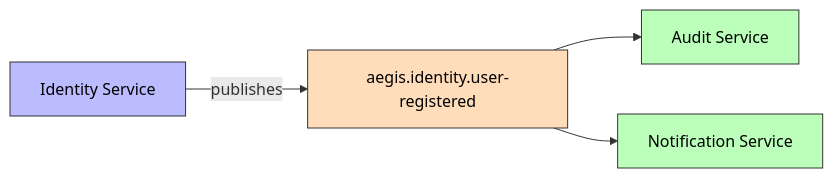
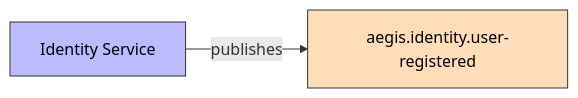
Before and after one commit to AlexAlvarezGallardo-GitHub/Aegis: the first of 2 diagrams in docs/obsidian/03 - Domain Events/UserRegistered.md, drawn with Mermaid. The commit also changed other lines of this file and 87 other files, not shown here.

````diff
--- a/docs/obsidian/03 - Domain Events/UserRegistered.md
+++ b/docs/obsidian/03 - Domain Events/UserRegistered.md
@@ -14,10 +14,6 @@
 ```mermaid
 graph LR
     Identity[Identity Service] -->|publishes| Topic[aegis.identity.user-registered]
-    Topic --> Audit[Audit Service]
-    Topic --> Notification[Notification Service]
     style Identity fill:#bbf,stroke:#333,color:#000
     style Topic fill:#fdb,stroke:#333,color:#000
-    style Audit fill:#bfb,stroke:#333,color:#000
-    style Notification fill:#bfb,stroke:#333,color:#000
 ```
````
